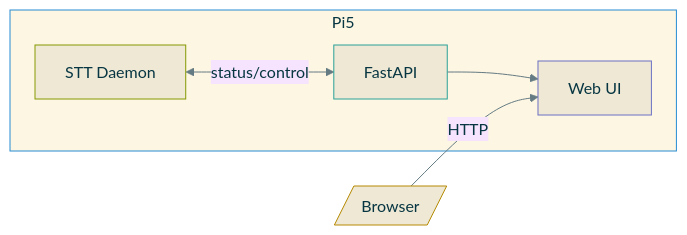
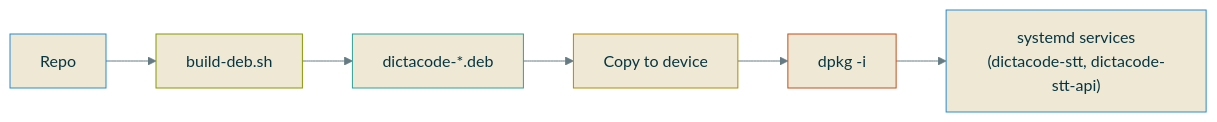
Before and after one commit to cprima-homelab/dictacode: the ninth of 18 diagrams in docs/diagrams.md, drawn with Mermaid. The commit also changed other lines of this file and 3 other files, not shown here.

First line of the commit message:
Add architecture plans v0.3.10-v0.3.11 and code map tool

````diff
--- a/docs/diagrams.md
+++ b/docs/diagrams.md
@@ -279,20 +251,19 @@
 ```mermaid
 %%{init: {'theme': 'base', 'themeVariables': { 'primaryColor': '#fdf6e3', 'primaryTextColor': '#073642', 'primaryBorderColor': '#268bd2', 'lineColor': '#657b83'}}}%%
 flowchart LR
-    subgraph Pi5
-        STT["STT Daemon"]
-        API["FastAPI"]
-        WEB["Web UI"]
-    end
-    BROWSER[/"Browser"/]
+    REPO["Repo"]
+    BUILD["build-deb.sh"]
+    DEB["dictacode-*.deb"]
+    SCP["Copy to device"]
+    DPKG["dpkg -i"]
+    SERVICES["systemd services\n(dictacode-stt, dictacode-stt-api)"]
 
-    STT <-->|status/control| API
-    API --> WEB
-    BROWSER -->|HTTP| WEB
+    REPO --> BUILD --> DEB --> SCP --> DPKG --> SERVICES
 
-    style Pi5 fill:#fdf6e3,stroke:#268bd2,color:#073642
-    style STT fill:#eee8d5,stroke:#859900,color:#073642
-    style API fill:#eee8d5,stroke:#2aa198,color:#073642
-    style WEB fill:#eee8d5,stroke:#6c71c4,color:#073642
-    style BROWSER fill:#eee8d5,stroke:#b58900,color:#073642
+    style REPO fill:#eee8d5,stroke:#268bd2,color:#073642
+    style BUILD fill:#eee8d5,stroke:#859900,color:#073642
+    style DEB fill:#eee8d5,stroke:#2aa198,color:#073642
+    style SCP fill:#eee8d5,stroke:#b58900,color:#073642
+    style DPKG fill:#eee8d5,stroke:#cb4b16,color:#073642
+    style SERVICES fill:#eee8d5,stroke:#268bd2,color:#073642
 ```
````
